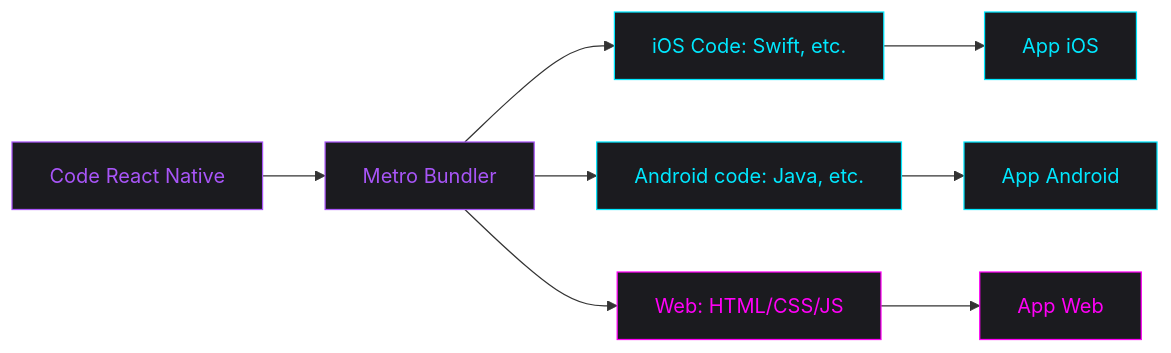
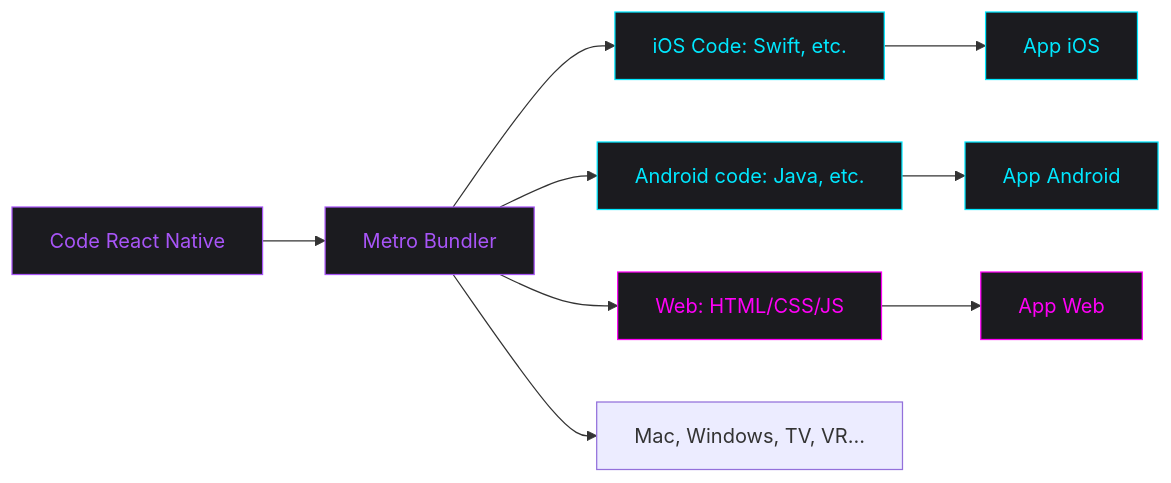
The diagram in slides.md (kimchouard/Universal-Beat-Play---Talk-Slideck), drawn with Mermaid before and after one commit. The commit also changed other lines of this file, not shown here.

````diff
--- a/slides.md
+++ b/slides.md
@@ -267,19 +267,20 @@
 ```mermaid
 graph LR
     A[Code React Native] --> B[Metro Bundler]
     B --> C[iOS Code: Swift, etc.]
     B --> D[Android code: Java, etc.]
     B --> E[Web: HTML/CSS/JS]
+    B --> I[Mac, Windows, TV, VR...]
     C --> F[App iOS]
     D --> G[App Android]
     E --> H[App Web]
 
     style A fill:#1B1B1F,stroke:#A855F7,color:#A855F7
     style B fill:#1B1B1F,stroke:#A855F7,color:#A855F7
     style C fill:#1B1B1F,stroke:#00E8FF,color:#00E8FF
     style D fill:#1B1B1F,stroke:#00E8FF,color:#00E8FF
     style E fill:#1B1B1F,stroke:#FF00F7,color:#FF00F7
     style F fill:#1B1B1F,stroke:#00E8FF,color:#00E8FF
     style G fill:#1B1B1F,stroke:#00E8FF,color:#00E8FF
     style H fill:#1B1B1F,stroke:#FF00F7,color:#FF00F7
 ```
````
